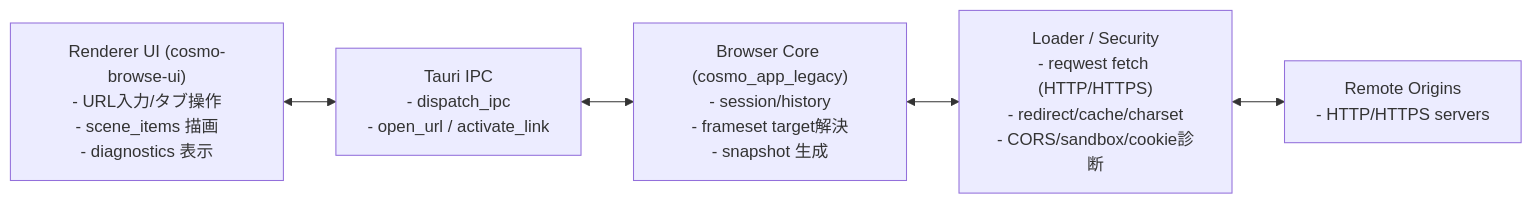
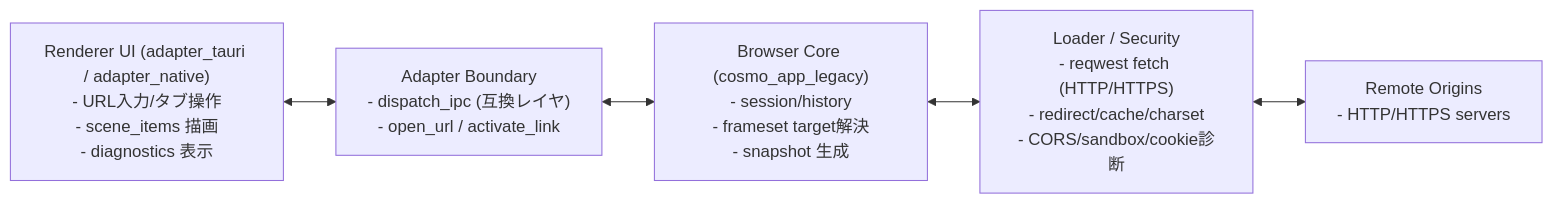
The diagram in docs/architecture/runtime-topology.md (pkaiy81/CosmoBrowse), drawn with Mermaid before and after one commit. The commit also changed other lines of this file and 3 other files, not shown here.

Commit message:
feat: improve native IPC CLI input modes and tests

````diff
--- a/docs/architecture/runtime-topology.md
+++ b/docs/architecture/runtime-topology.md
@@ -7,13 +8,13 @@
 ```mermaid
 flowchart LR
-  UI["Renderer UI (cosmo-browse-ui)\n- URL入力/タブ操作\n- scene_items 描画\n- diagnostics 表示"]
-  IPC["Tauri IPC\n- dispatch_ipc\n- open_url / activate_link"]
+  UI["Renderer UI (adapter_tauri / adapter_native)\n- URL入力/タブ操作\n- scene_items 描画\n- diagnostics 表示"]
+  IPC["Adapter Boundary\n- dispatch_ipc (互換レイヤ)\n- open_url / activate_link"]
   CORE["Browser Core (cosmo_app_legacy)\n- session/history\n- frameset target解決\n- snapshot 生成"]
   NET["Loader / Security\n- reqwest fetch (HTTP/HTTPS)\n- redirect/cache/charset\n- CORS/sandbox/cookie診断"]
   EXT["Remote Origins\n- HTTP/HTTPS servers"]
 
   UI <--> IPC
   IPC <--> CORE
   CORE <--> NET
   NET <--> EXT
 ```
````
